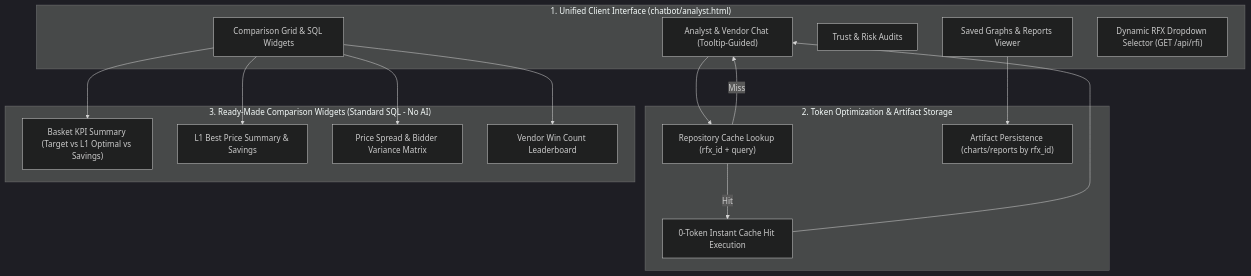
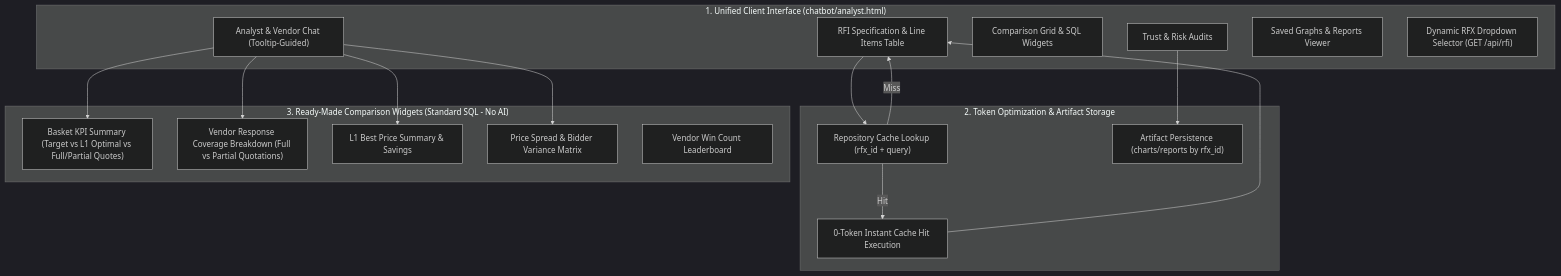
One commit to akshaykumarar/ktq2 changed the fourth of 4 diagrams in architecture.md. Above: the diagram before and after it, drawn with Mermaid (dark theme). The commit also changed 8 other files, not shown here.

Commit message:
add RFI details and line items tab to analyst dashboard with vendor coverage breakdown

````diff
--- a/architecture.md
+++ b/architecture.md
@@ -252,29 +252,31 @@
 ```mermaid
 flowchart TD
     subgraph ClientUI["1. Unified Client Interface (chatbot/analyst.html)"]
-        UI1["Analyst & Vendor Chat (Tooltip-Guided)"]
-        UI2["Comparison Grid & SQL Widgets"]
-        UI3["Trust & Risk Audits"]
-        UI4["Saved Graphs & Reports Viewer"]
-        UI5["Dynamic RFX Dropdown Selector (GET /api/rfi)"]
+        UI1["RFI Specification & Line Items Table"]
+        UI2["Analyst & Vendor Chat (Tooltip-Guided)"]
+        UI3["Comparison Grid & SQL Widgets"]
+        UI4["Trust & Risk Audits"]
+        UI5["Saved Graphs & Reports Viewer"]
+        UI6["Dynamic RFX Dropdown Selector (GET /api/rfi)"]
     end
 
     subgraph TokenOptimization["2. Token Optimization & Artifact Storage"]
         C1["Repository Cache Lookup (rfx_id + query)"]
         C2["Artifact Persistence (charts/reports by rfx_id)"]
         C3["0-Token Instant Cache Hit Execution"]
     end
 
     subgraph DeterministicWidgets["3. Ready-Made Comparison Widgets (Standard SQL - No AI)"]
-        W1["Basket KPI Summary (Target vs L1 Optimal vs Savings)"]
-        W2["L1 Best Price Summary & Savings"]
-        W3["Price Spread & Bidder Variance Matrix"]
-        W4["Vendor Win Count Leaderboard"]
+        W1["Basket KPI Summary (Target vs L1 Optimal vs Full/Partial Quotes)"]
+        W2["Vendor Response Coverage Breakdown (Full vs Partial Quotations)"]
+        W3["L1 Best Price Summary & Savings"]
+        W4["Price Spread & Bidder Variance Matrix"]
+        W5["Vendor Win Count Leaderboard"]
     end
 
     UI1 --> C1
     C1 -->|Hit| C3 --> UI1
     C1 -->|Miss| UI1
     UI2 --> W1 & W2 & W3 & W4
     UI4 --> C2
 ```
````
